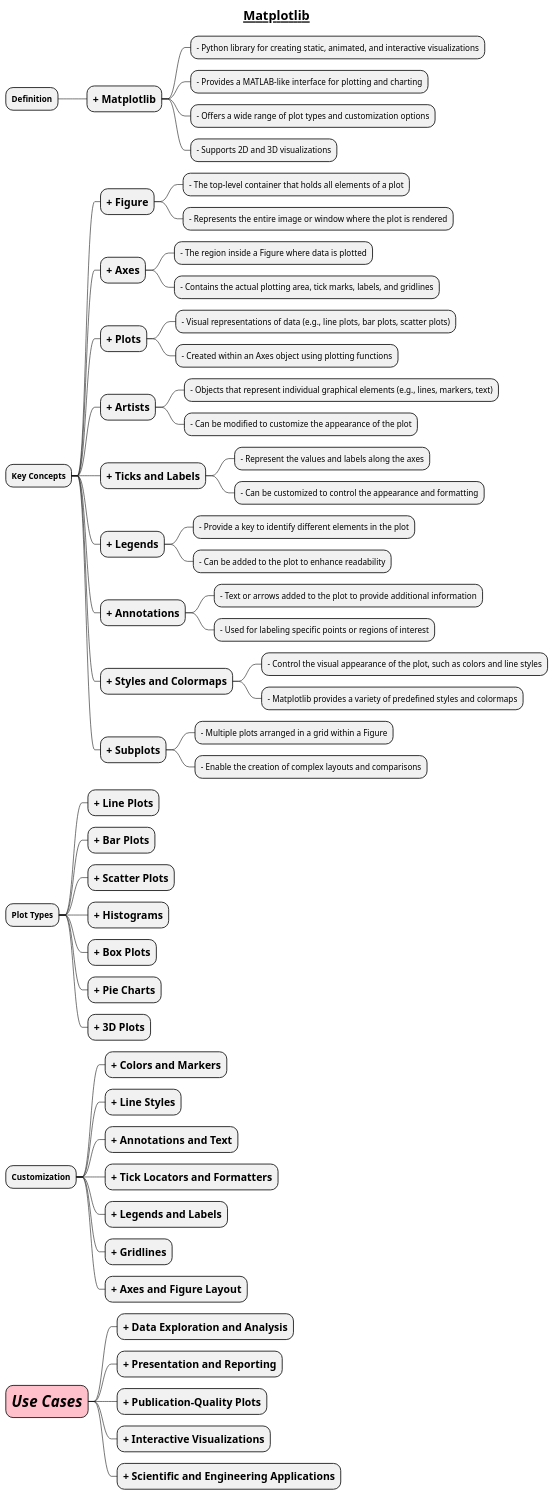
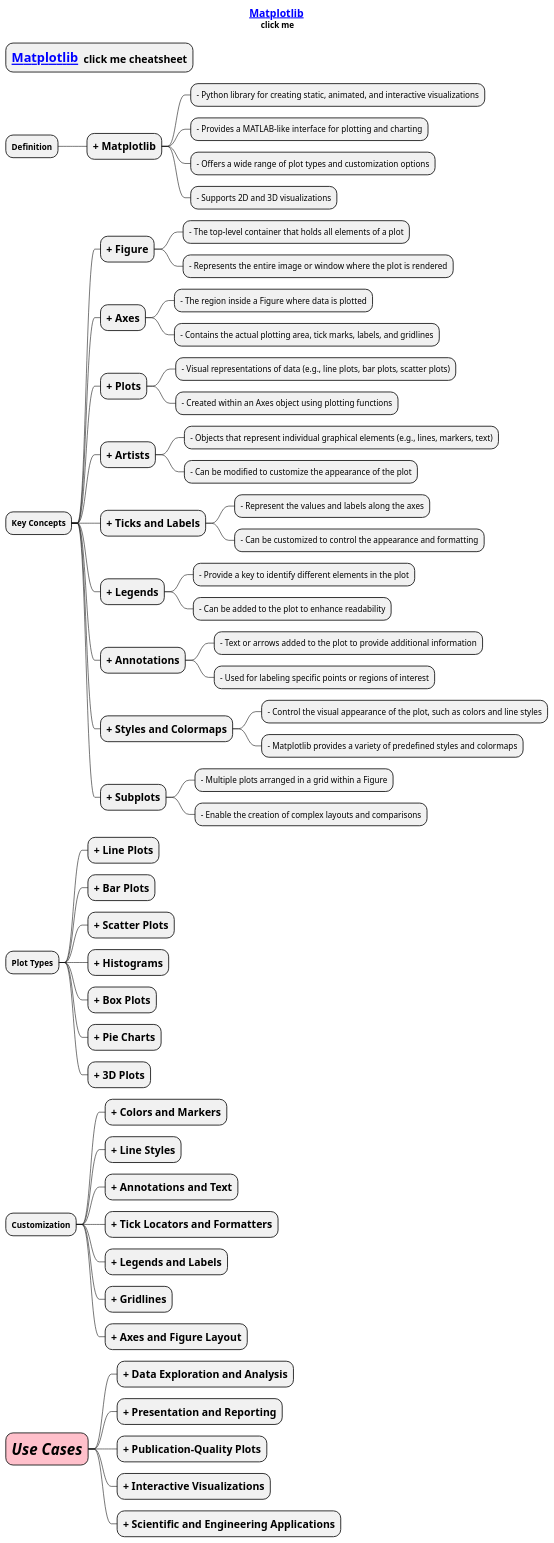
One commit to MehmoodHashmi/Documentation-as-Code-DaC changed the diagram in docs/AI-ML- DL-Data-Science-and-BigData/data-science-with-python/2-data-visualization/1-Matplotlib.puml. Above: the diagram before and after it, drawn with PlantUML. The commit also changed 19 other files, not shown here.

```diff
--- a/docs/AI-ML- DL-Data-Science-and-BigData/data-science-with-python/2-data-visualization/1-Matplotlib.puml
+++ b/docs/AI-ML- DL-Data-Science-and-BigData/data-science-with-python/2-data-visualization/1-Matplotlib.puml
@@ -1,66 +1,68 @@
 @startmindmap
 
-title =__ Matplotlib __
+title =[[https://abcofdatascienceandml.quora.com/Matplotlib-Cheat-Sheet-Part-4 Matplotlib]] \n click me
+
+* =**[[https://abcofdatascienceandml.quora.com/Matplotlib-Cheat-Sheet-Part-4 Matplotlib]]**  click me cheatsheet
 
 * **Definition**
 ** =+ Matplotlib
 *** - Python library for creating static, animated, and interactive visualizations
 *** - Provides a MATLAB-like interface for plotting and charting
 *** - Offers a wide range of plot types and customization options
 *** - Supports 2D and 3D visualizations
 
 * **Key Concepts**
 ** =+ Figure
 *** - The top-level container that holds all elements of a plot
 *** - Represents the entire image or window where the plot is rendered
 ** =+ Axes
 *** - The region inside a Figure where data is plotted
 *** - Contains the actual plotting area, tick marks, labels, and gridlines
 ** =+ Plots
 *** - Visual representations of data (e.g., line plots, bar plots, scatter plots)
 *** - Created within an Axes object using plotting functions
 ** =+ Artists
 *** - Objects that represent individual graphical elements (e.g., lines, markers, text)
 *** - Can be modified to customize the appearance of the plot
 ** =+ Ticks and Labels
 *** - Represent the values and labels along the axes
 *** - Can be customized to control the appearance and formatting
 ** =+ Legends
 *** - Provide a key to identify different elements in the plot
 *** - Can be added to the plot to enhance readability
 ** =+ Annotations
 *** - Text or arrows added to the plot to provide additional information
 *** - Used for labeling specific points or regions of interest
 ** =+ Styles and Colormaps
 *** - Control the visual appearance of the plot, such as colors and line styles
 *** - Matplotlib provides a variety of predefined styles and colormaps
 ** =+ Subplots
 *** - Multiple plots arranged in a grid within a Figure
 *** - Enable the creation of complex layouts and comparisons
 
 * **Plot Types**
 ** =+ Line Plots
 ** =+ Bar Plots
 ** =+ Scatter Plots
 ** =+ Histograms
 ** =+ Box Plots
 ** =+ Pie Charts
 ** =+ 3D Plots
 
 * **Customization**
 ** =+ Colors and Markers
 ** =+ Line Styles
 ** =+ Annotations and Text
 ** =+ Tick Locators and Formatters
 ** =+ Legends and Labels
 ** =+ Gridlines
 ** =+ Axes and Figure Layout
 
 *[#pink] =//**Use Cases**//
 ** =+ Data Exploration and Analysis
 ** =+ Presentation and Reporting
 ** =+ Publication-Quality Plots
 ** =+ Interactive Visualizations
 ** =+ Scientific and Engineering Applications
 
 @endmindmap
```
